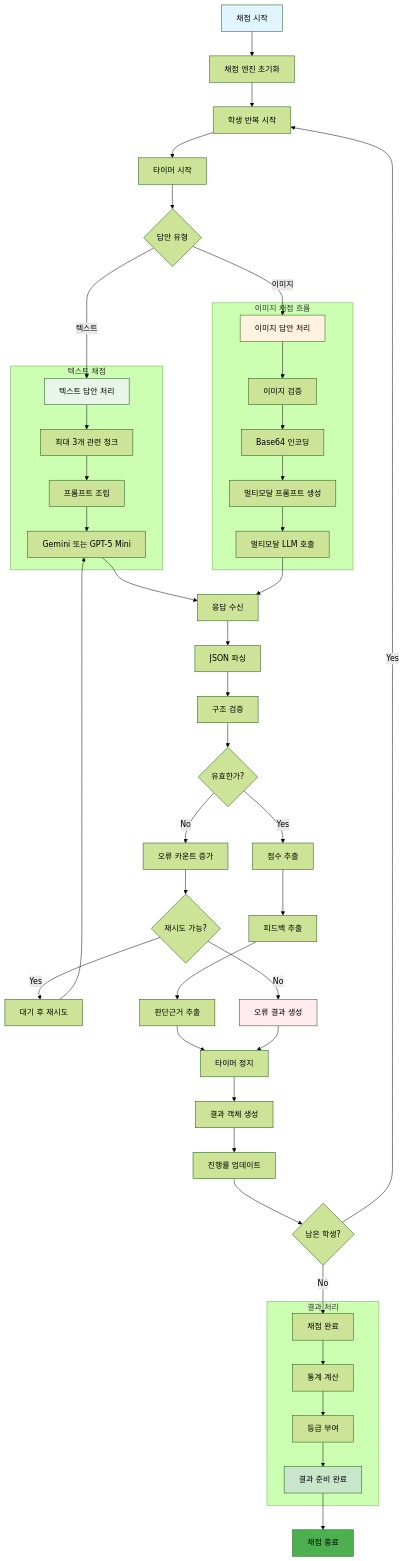
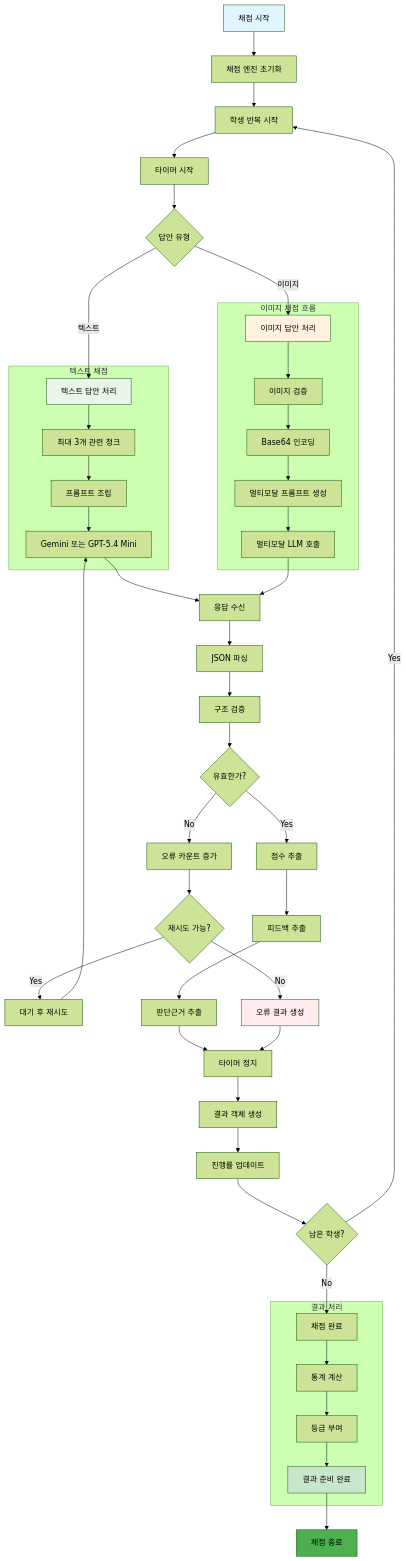
Before and after one commit to GEOeduHJ/goe_assess_web4: the fifth of 12 diagrams in references/architecture.md, drawn with Mermaid (forest theme). The commit also changed other lines of this file and 9 other files, not shown here.

Commit message:
gemini/gpt up-to-date

````diff
--- a/references/architecture.md
+++ b/references/architecture.md
@@ -263,66 +263,66 @@
 ```mermaid
 flowchart TD
     START[채점 시작] --> INIT[채점 엔진 초기화]
     INIT --> NEXT_STUDENT[학생 반복 시작]
     NEXT_STUDENT --> TIMER_START[타이머 시작]
     
     TIMER_START --> ANSWER_TYPE{답안 유형}
     
     ANSWER_TYPE -->|텍스트| TEXT_PROCESS[텍스트 답안 처리]
     ANSWER_TYPE -->|이미지| IMAGE_PROCESS[이미지 답안 처리]
     
     subgraph "텍스트 채점"
         TEXT_PROCESS --> RAG_SEARCH[최대 3개 관련 청크]
         RAG_SEARCH --> TEXT_PROMPT[프롬프트 조립]
-        TEXT_PROMPT --> TEXT_LLM[Gemini 또는 GPT-5 Mini]
+        TEXT_PROMPT --> TEXT_LLM[Gemini 또는 GPT-5.4 Mini]
     end
     
     subgraph "이미지 채점 흐름"
         IMAGE_PROCESS --> IMAGE_VALID[이미지 검증]
         IMAGE_VALID --> IMAGE_ENCODE[Base64 인코딩]
         IMAGE_ENCODE --> IMAGE_PROMPT[멀티모달 프롬프트 생성]
         IMAGE_PROMPT --> IMAGE_LLM[멀티모달 LLM 호출]
     end
     
     TEXT_LLM --> RESPONSE_RECV[응답 수신]
     IMAGE_LLM --> RESPONSE_RECV
     
     RESPONSE_RECV --> JSON_PARSE[JSON 파싱]
     JSON_PARSE --> STRUCT_VALID[구조 검증]
     
     STRUCT_VALID --> VALID_CHECK{유효한가?}
     VALID_CHECK -->|No| ERROR_COUNT[오류 카운트 증가]
     ERROR_COUNT --> RETRY_CHECK{재시도 가능?}
     RETRY_CHECK -->|Yes| WAIT[대기 후 재시도]
     WAIT --> TEXT_LLM
     RETRY_CHECK -->|No| ERROR_RESULT[오류 결과 생성]
     
     VALID_CHECK -->|Yes| SCORE_EXTRACT[점수 추출]
     SCORE_EXTRACT --> FEEDBACK_EXTRACT[피드백 추출]
     FEEDBACK_EXTRACT --> REASONING_EXTRACT[판단근거 추출]
     
     REASONING_EXTRACT --> TIMER_STOP[타이머 정지]
     ERROR_RESULT --> TIMER_STOP
     
     TIMER_STOP --> RESULT_CREATE[결과 객체 생성]
     RESULT_CREATE --> PROGRESS_UPDATE[진행률 업데이트]
     
     PROGRESS_UPDATE --> MORE_STUDENTS{남은 학생?}
     MORE_STUDENTS -->|Yes| NEXT_STUDENT
     MORE_STUDENTS -->|No| GRADING_COMPLETE[채점 완료]
     
     subgraph "결과 처리"
         GRADING_COMPLETE --> STATS_CALC[통계 계산]
         STATS_CALC --> GRADE_ASSIGN[등급 부여]
         GRADE_ASSIGN --> RESULTS_READY[결과 준비 완료]
     end
     
     RESULTS_READY --> END[채점 종료]
     
     style START fill:#e1f5fe
     style TEXT_PROCESS fill:#e8f5e8
     style IMAGE_PROCESS fill:#fff3e0
     style ERROR_RESULT fill:#ffebee
     style RESULTS_READY fill:#c8e6c9
     style END fill:#4caf50
 ```
````
